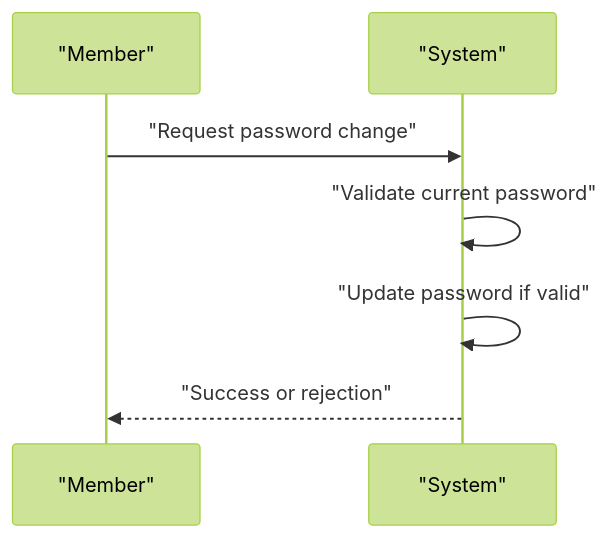
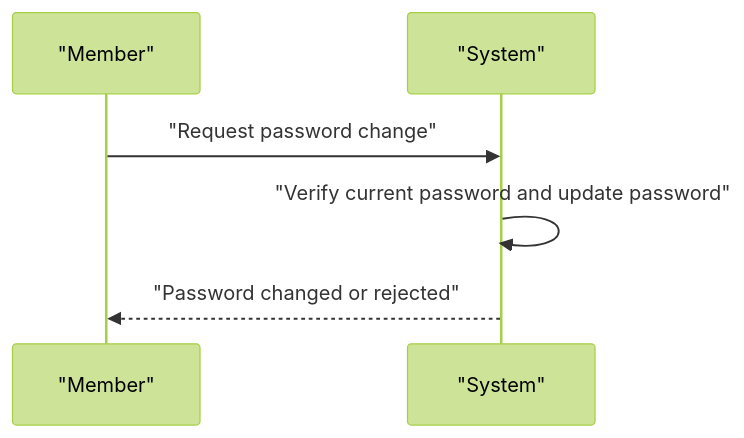
Before and after one commit to wrtnlabs/autobe-examples: the tenth of 10 diagrams in openai/gpt-5.4-mini/todo/docs/analysis/01-actors-and-auth.md, drawn with Mermaid (forest theme). The commit also changed other lines of this file and 6645 other files, not shown here.

````diff
--- a/openai/gpt-5.4-mini/todo/docs/analysis/01-actors-and-auth.md
+++ b/openai/gpt-5.4-mini/todo/docs/analysis/01-actors-and-auth.md
@@ -281,9 +279,8 @@
 ```mermaid
 sequenceDiagram
     participant M as "Member"
     participant S as "System"
     M->>S: "Request password change"
-    S->>S: "Validate current password"
-    S->>S: "Update password if valid"
-    S-->>M: "Success or rejection"
+    S->>S: "Verify current password and update password"
+    S-->>M: "Password changed or rejected"
 ```
````
